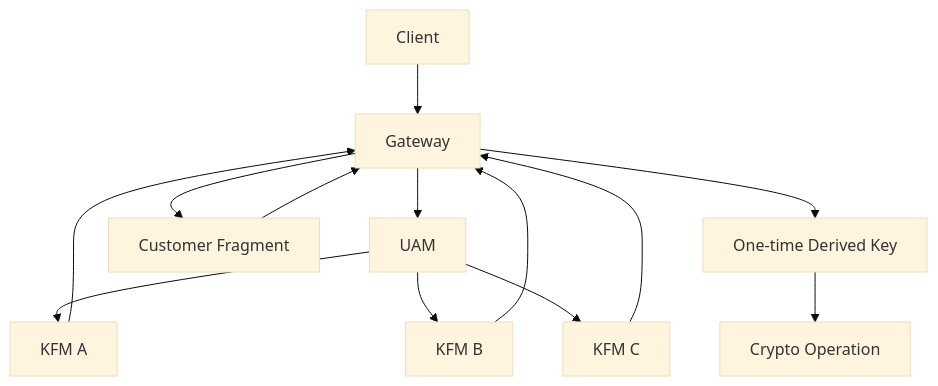
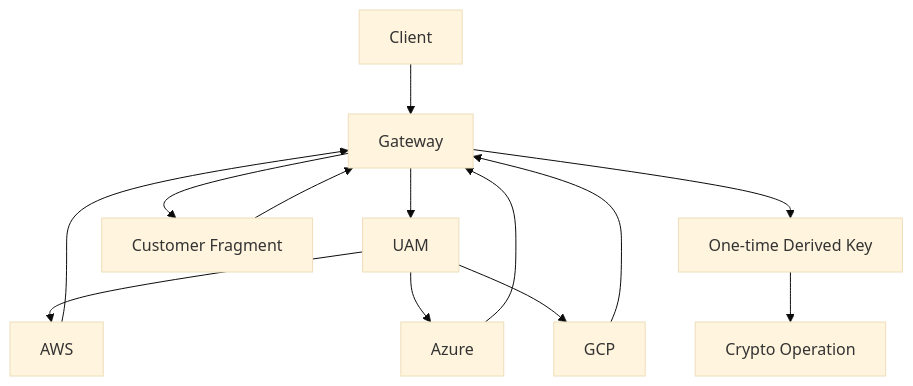
Before and after one commit to akeylesslabs/technical-documentation: the diagram in docs/Getting Started/dfc-1.md, drawn with Mermaid (base theme).

Commit message:
Update doc `dfc-1`

````diff
--- a/docs/Getting Started/dfc-1.md
+++ b/docs/Getting Started/dfc-1.md
@@ -51,16 +51,16 @@
 ```mermaid
 graph TD
     C[Client] --> G[Gateway]
     G --> U[UAM]
-    U --> K1[KFM A]
-    U --> K2[KFM B]
-    U --> K3[KFM C]
+    U --> K1[AWS]
+    U --> K2[Azure]
+    U --> K3[GCP]
     G --> CF[Customer Fragment]
     K1 --> G
     K2 --> G
     K3 --> G
     CF --> G
     G --> KD[One-time Derived Key]
     KD --> O[Crypto Operation]
 
 ```
````
